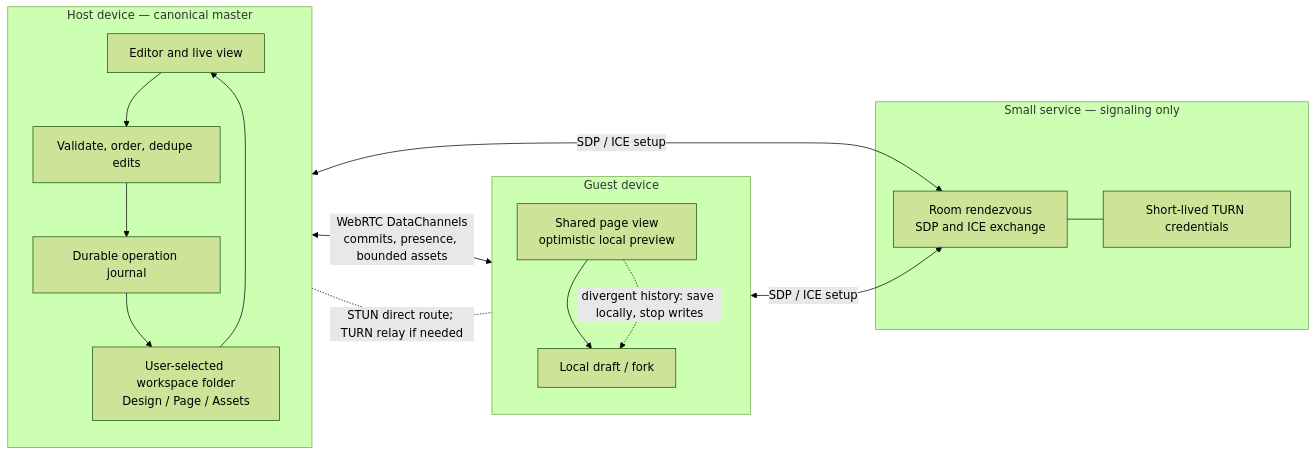
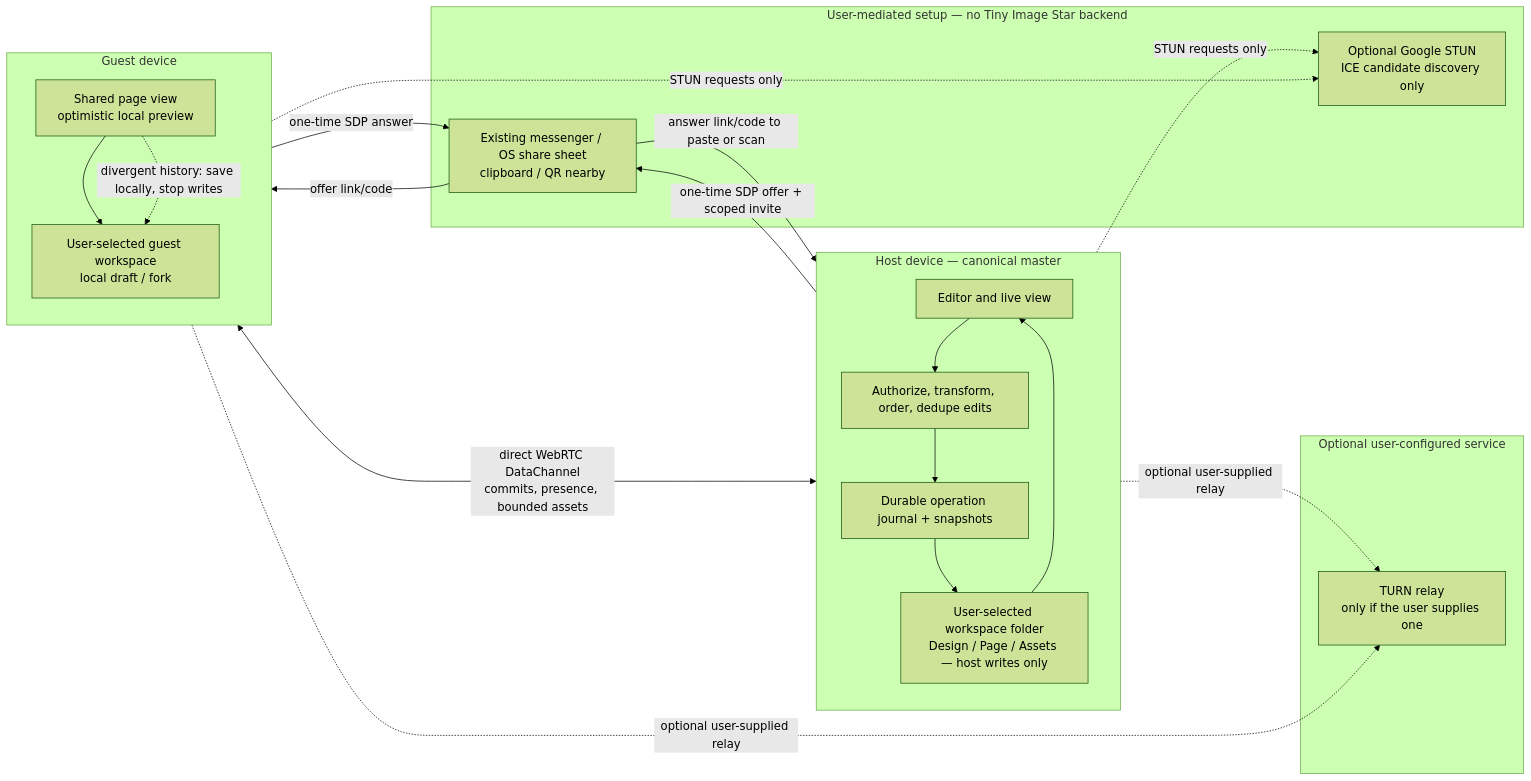
One commit to appunni-m/tiny-image-star changed the first of 3 diagrams in docs/local-folder-sharing-design.md. Above: the diagram before and after it, drawn with Mermaid (forest theme). The commit also changed other lines of this file and 1 other file, not shown here.

Commit message:
Document serverless local collaboration design

````diff
--- a/docs/local-folder-sharing-design.md
+++ b/docs/local-folder-sharing-design.md
@@ -15,29 +15,37 @@
 ```mermaid
 flowchart LR
   subgraph Host[Host device — canonical master]
     UI[Editor and live view]
-    Sequencer[Validate, order, dedupe edits]
-    Journal[Durable operation journal]
-    Folder[User-selected workspace folder\nDesign / Page / Assets]
+    Sequencer[Authorize, transform, order, dedupe edits]
+    Journal[Durable operation journal + snapshots]
+    Folder[User-selected workspace folder\nDesign / Page / Assets — host writes only]
     UI --> Sequencer --> Journal --> Folder
     Folder --> UI
   end
 
-  subgraph Rendezvous[Small service — signaling only]
-    Signal[Room rendezvous\nSDP and ICE exchange]
-    Credentials[Short-lived TURN credentials]
-    Signal --- Credentials
+  subgraph Setup[User-mediated setup — no Tiny Image Star backend]
+    Channel[Existing messenger / OS share sheet\nclipboard / QR nearby]
+    ICE[Optional Google STUN\nICE candidate discovery only]
+  end
+
+  subgraph OptionalRelay[Optional user-configured service]
+    Relay[TURN relay\nonly if the user supplies one]
   end
 
   subgraph Guest[Guest device]
     GuestUI[Shared page view\noptimistic local preview]
-    GuestDraft[Local draft / fork]
-    GuestUI --> GuestDraft
+    GuestFolder[User-selected guest workspace\nlocal draft / fork]
+    GuestUI --> GuestFolder
   end
 
-  Host <-->|SDP / ICE setup| Signal
-  Guest <-->|SDP / ICE setup| Signal
-  Host <-->|WebRTC DataChannels\ncommits, presence, bounded assets| Guest
-  Host -. STUN direct route; TURN relay if needed .- Guest
-  GuestUI -. divergent history: save locally, stop writes .-> GuestDraft
+  Host -->|one-time SDP offer + scoped invite| Channel
+  Channel -->|offer link/code| Guest
+  Guest -->|one-time SDP answer| Channel
+  Channel -->|answer link/code to paste or scan| Host
+  Host -. STUN requests only .-> ICE
+  Guest -. STUN requests only .-> ICE
+  Host <-->|direct WebRTC DataChannel\ncommits, presence, bounded assets| Guest
+  Host -. optional user-supplied relay .-> Relay
+  Guest -. optional user-supplied relay .-> Relay
+  GuestUI -. divergent history: save locally, stop writes .-> GuestFolder
 ```
````
